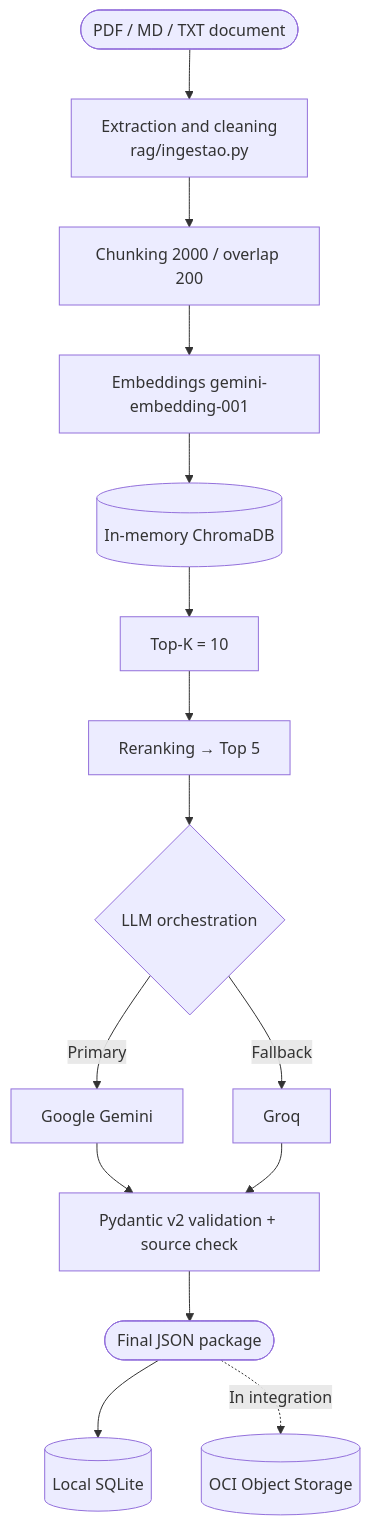
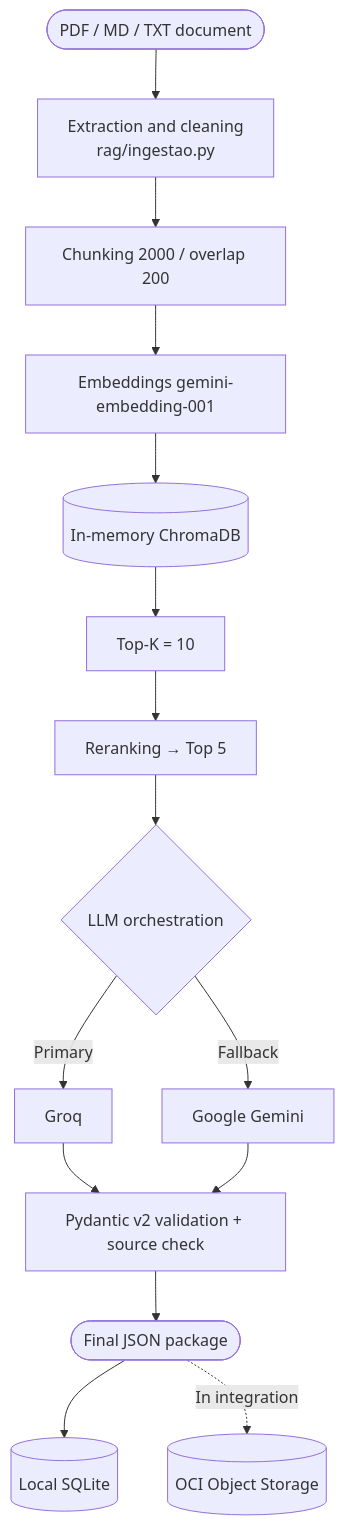
Before and after one commit to No-Country-simulation/G10-BRASIL-equipo-26: the diagram in README.en.md, drawn with Mermaid. The commit also changed other lines of this file and 19 other files, not shown here.

Commit message:
perf(rag): prioriza Groq na geracao, ajusta timeouts Gemini e organiza notebooks em data_science

````diff
--- a/README.en.md
+++ b/README.en.md
@@ -72,17 +72,17 @@
 ```mermaid
 flowchart TD
     A([PDF / MD / TXT document]) --> B[Extraction and cleaning<br/>rag/ingestao.py]
     B --> C[Chunking 2000 / overlap 200]
     C --> D[Embeddings gemini-embedding-001]
     D --> E[(In-memory ChromaDB)]
     E --> F[Top-K = 10]
     F --> G[Reranking → Top 5]
     G --> H{LLM orchestration}
-    H -->|Primary| I[Google Gemini]
-    H -->|Fallback| J[Groq]
-    I --> K[Pydantic v2 validation + source check]
-    J --> K
+    H -->|Primary| J[Groq]
+    H -->|Fallback| I[Google Gemini]
+    J --> K[Pydantic v2 validation + source check]
+    I --> K
     K --> L([Final JSON package])
     L --> M[(Local SQLite)]
     L -.->|In integration| N[(OCI Object Storage)]
 ```
````
